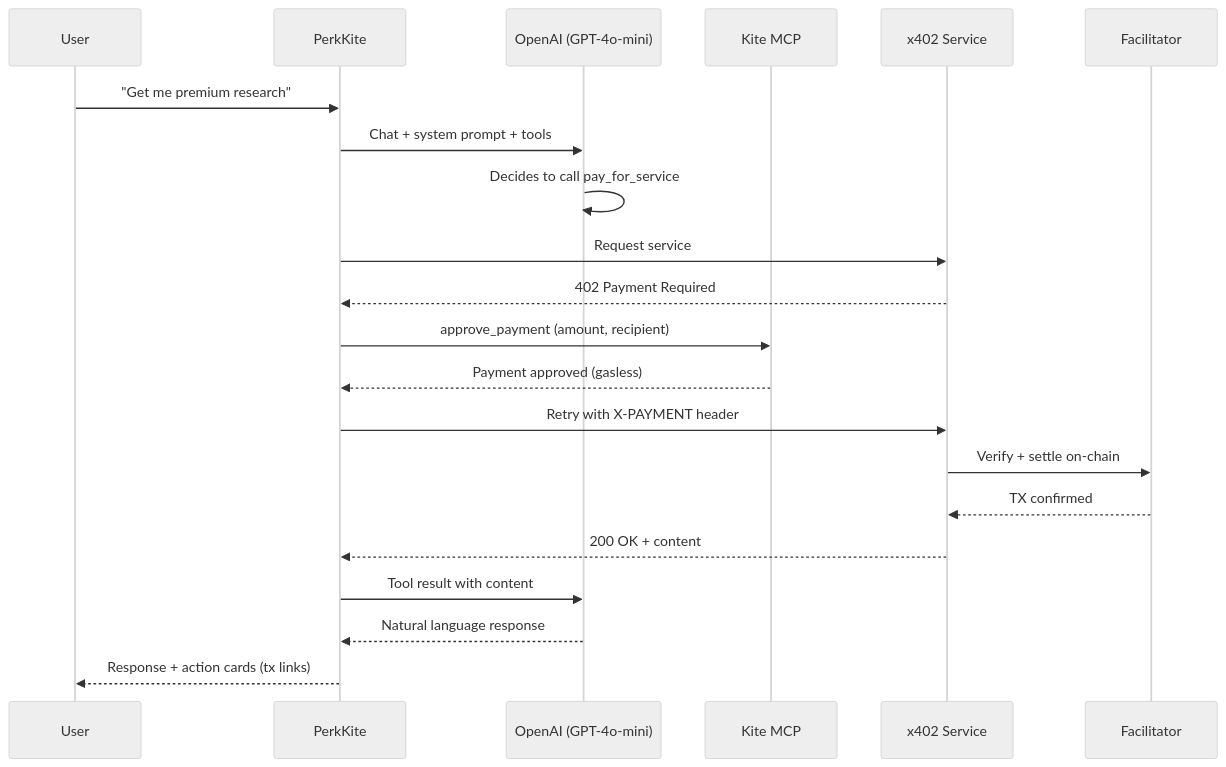
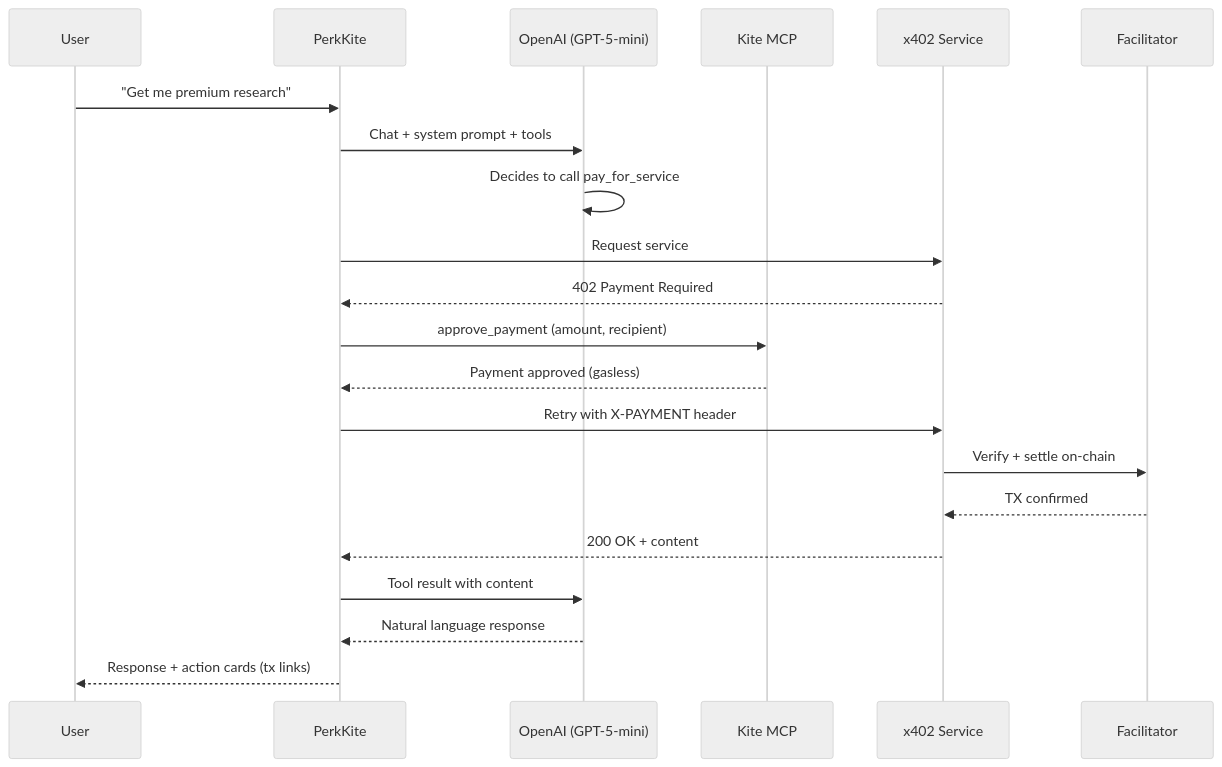
Before and after one commit to PerkOS-xyz/PerkKite: the diagram in README.md, drawn with Mermaid (neutral theme). The commit also changed other lines of this file and 12 other files, not shown here.

````diff
--- a/README.md
+++ b/README.md
@@ -66,24 +66,24 @@
 ```mermaid
 sequenceDiagram
     participant U as User
     participant P as PerkKite
-    participant AI as OpenAI (GPT-4o-mini)
+    participant AI as OpenAI (GPT-5-mini)
     participant MCP as Kite MCP
     participant X as x402 Service
     participant F as Facilitator
 
     U->>P: "Get me premium research"
     P->>AI: Chat + system prompt + tools
     AI->>AI: Decides to call pay_for_service
     P->>X: Request service
     X-->>P: 402 Payment Required
     P->>MCP: approve_payment (amount, recipient)
     MCP-->>P: Payment approved (gasless)
     P->>X: Retry with X-PAYMENT header
     X->>F: Verify + settle on-chain
     F-->>X: TX confirmed
     X-->>P: 200 OK + content
     P->>AI: Tool result with content
     AI-->>P: Natural language response
     P-->>U: Response + action cards (tx links)
 ```
````
